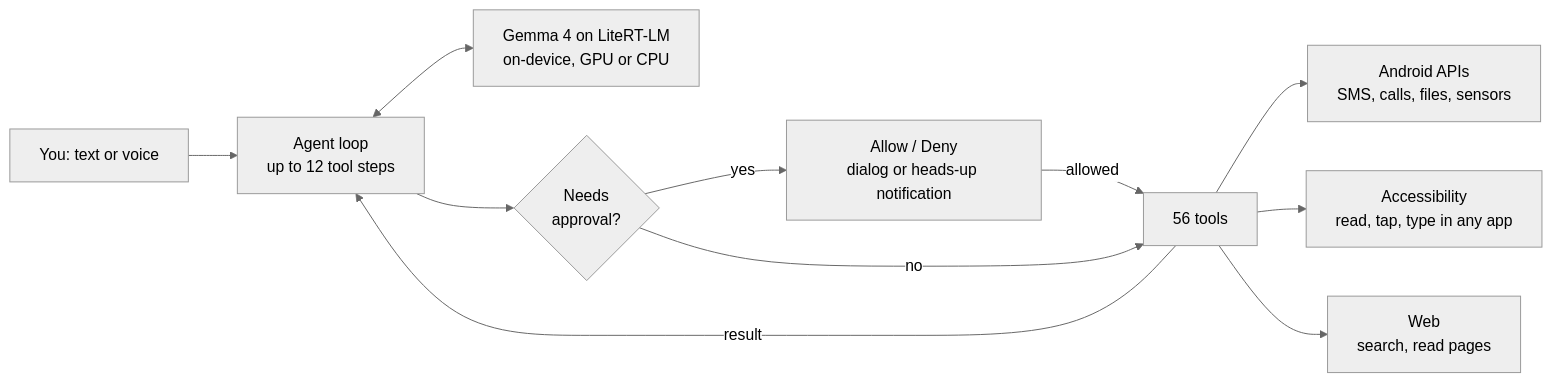
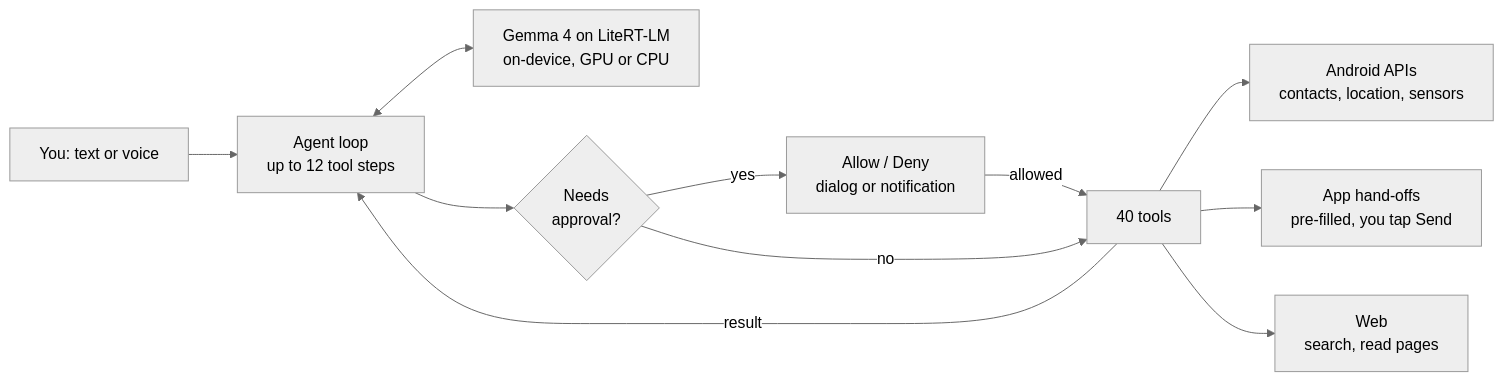
One commit to aryanipb/MySI changed the diagram in README.md. Above: the diagram before and after it, drawn with Mermaid (neutral theme). The commit also changed other lines of this file and 25 other files, not shown here.

````diff
--- a/README.md
+++ b/README.md
@@ -42,13 +42,13 @@
 ```mermaid
 flowchart LR
     U["You: text or voice"] --> A["Agent loop<br/>up to 12 tool steps"]
     A <--> M["Gemma 4 on LiteRT-LM<br/>on-device, GPU or CPU"]
     A --> G{"Needs<br/>approval?"}
-    G -- yes --> P["Allow / Deny<br/>dialog or heads-up notification"]
-    P -- allowed --> T["56 tools"]
+    G -- yes --> P["Allow / Deny<br/>dialog or notification"]
+    P -- allowed --> T["40 tools"]
     G -- no --> T
-    T --> S["Android APIs<br/>SMS, calls, files, sensors"]
-    T --> X["Accessibility<br/>read, tap, type in any app"]
+    T --> S["Android APIs<br/>contacts, location, sensors"]
+    T --> H["App hand-offs<br/>pre-filled, you tap Send"]
     T --> W["Web<br/>search, read pages"]
     T -- result --> A
 ```
````
